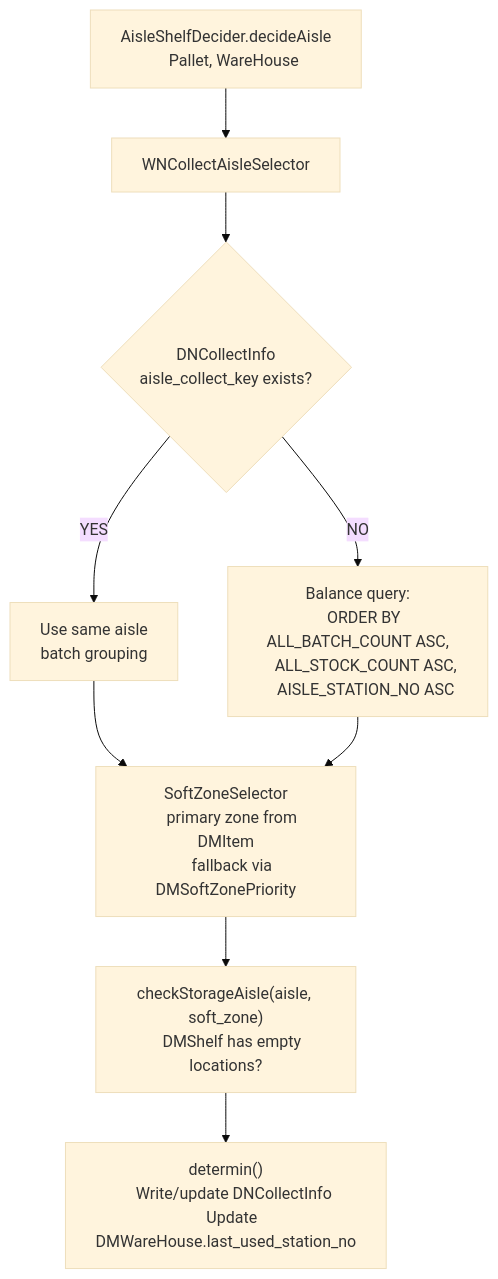
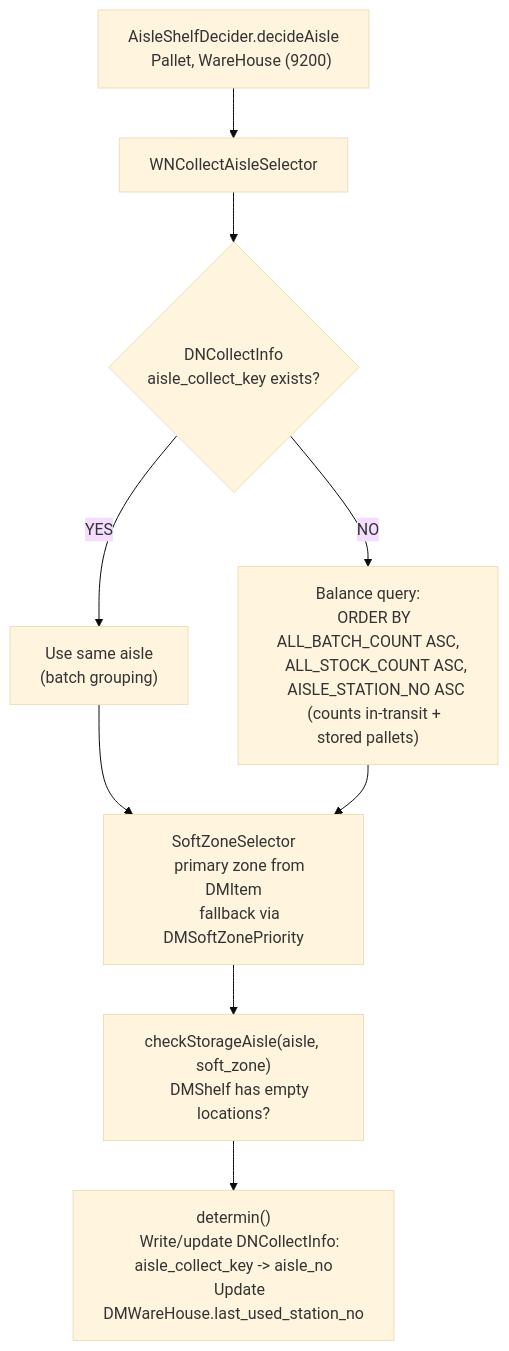
Before and after one commit to luthfiadityaa/SimeDarby-Wiki: the tenth of 13 diagrams in Basic-Design/DFD-WMS/Storage/Storage-Process.md, drawn with Mermaid (base theme). The commit also changed other lines of this file, not shown here.

Commit message:
aisle selection

```diff
--- a/Basic-Design/DFD-WMS/Storage/Storage-Process.md
+++ b/Basic-Design/DFD-WMS/Storage/Storage-Process.md
@@ -367,22 +408,23 @@
 ::: mermaid
 flowchart TD
-    A[AisleShelfDecider.decideAisle
-    Pallet, WareHouse] --> B[WNCollectAisleSelector]
+    A["AisleShelfDecider.decideAisle
+    Pallet, WareHouse (9200)"] --> B["WNCollectAisleSelector"]
     B --> C{DNCollectInfo
     aisle_collect_key exists?}
-    C -->|YES| D[Use same aisle
-    batch grouping]
+    C -->|YES| D["Use same aisle
+    (batch grouping)"]
     C -->|NO| E["Balance query:
     ORDER BY ALL_BATCH_COUNT ASC,
     ALL_STOCK_COUNT ASC,
-    AISLE_STATION_NO ASC"]
-    D --> F[SoftZoneSelector
+    AISLE_STATION_NO ASC
+    (counts in-transit + stored pallets)"]
+    D --> F["SoftZoneSelector
     primary zone from DMItem
-    fallback via DMSoftZonePriority]
+    fallback via DMSoftZonePriority"]
     E --> F
     F --> G["checkStorageAisle(aisle, soft_zone)
     DMShelf has empty locations?"]
     G --> H["determin()
-    Write/update DNCollectInfo
+    Write/update DNCollectInfo: aisle_collect_key -> aisle_no
     Update DMWareHouse.last_used_station_no"]
 :::
```
